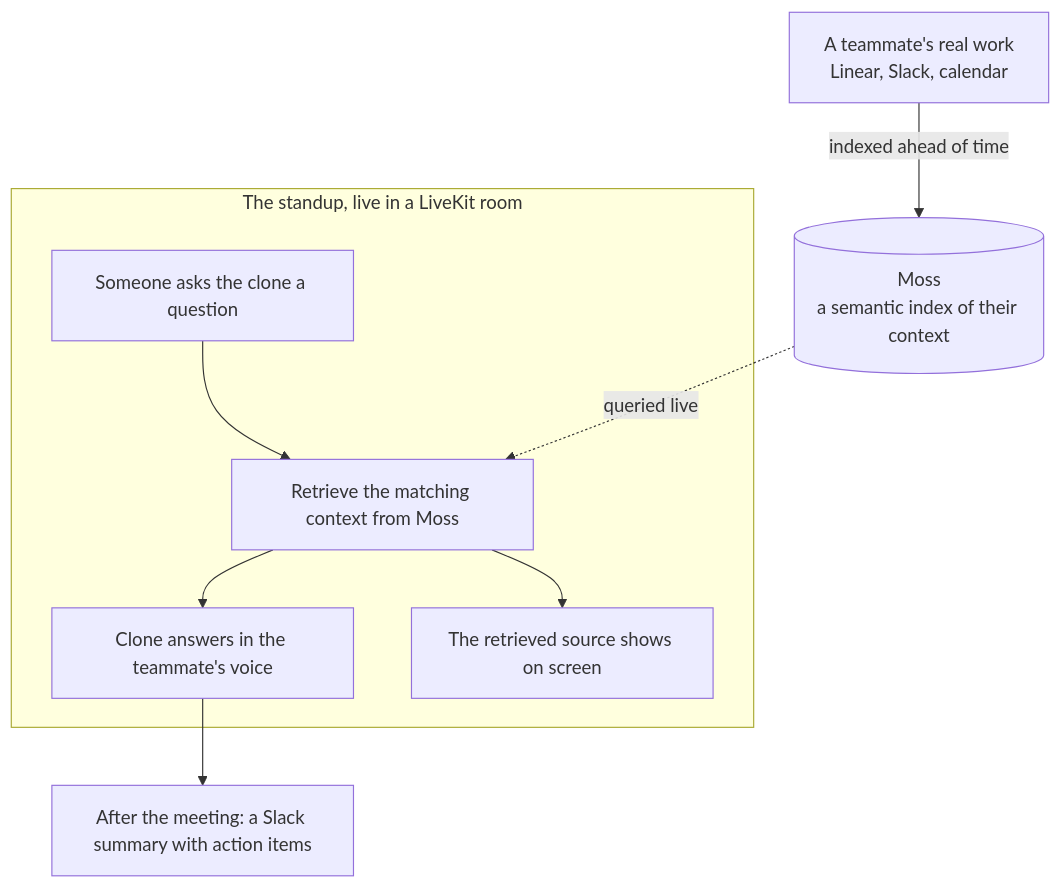
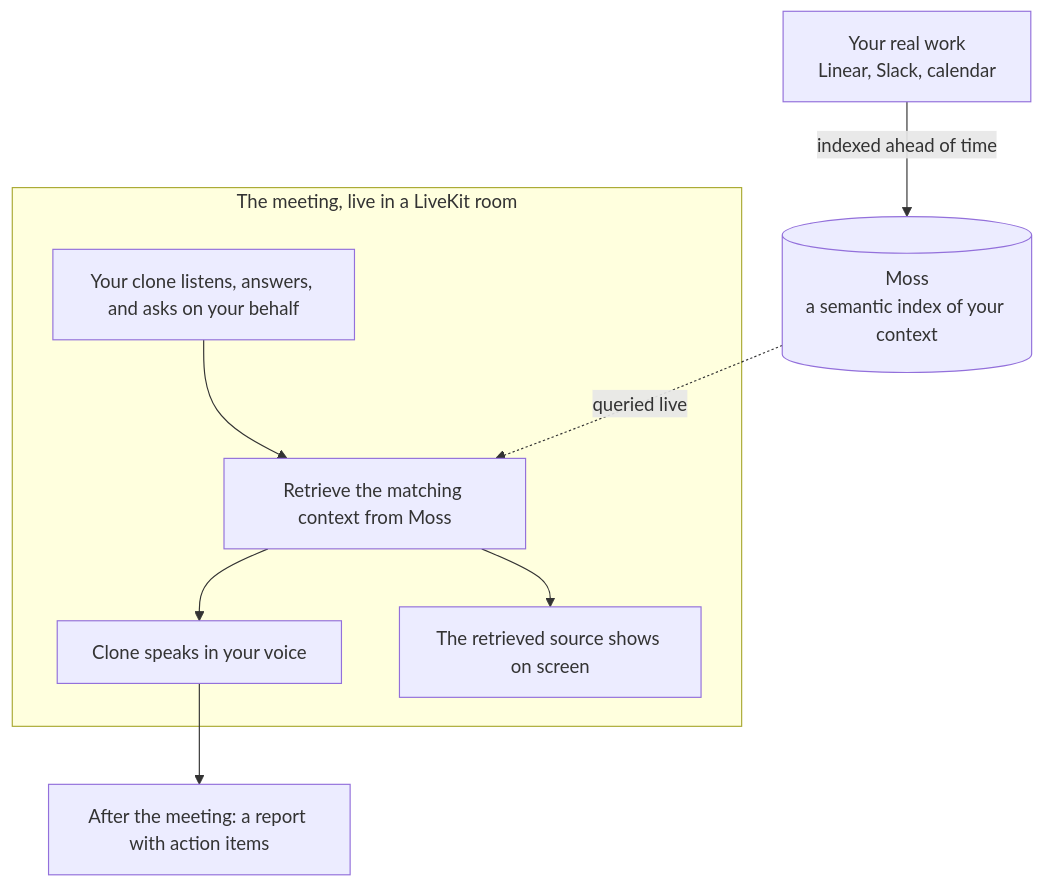
One commit to nuhamohamed/voiceai changed the diagram in README.md. Above: the diagram before and after it, drawn with Mermaid. The commit also changed other lines of this file, not shown here.

First line of the commit message:
docs(readme): reframe the moat - a personalized clone that acts as you in meetings, not a note-taker

````diff
--- a/README.md
+++ b/README.md
@@ -27,19 +31,19 @@
 ```mermaid
 flowchart TB
-    src["A teammate's real work<br/>Linear, Slack, calendar"]
-    moss[("Moss<br/>a semantic index of their context")]
+    src["Your real work<br/>Linear, Slack, calendar"]
+    moss[("Moss<br/>a semantic index of your context")]
     src -->|indexed ahead of time| moss
 
-    subgraph room["The standup, live in a LiveKit room"]
-        q["Someone asks the clone a question"]
+    subgraph room["The meeting, live in a LiveKit room"]
+        q["Your clone listens, answers, and asks on your behalf"]
         ret["Retrieve the matching context from Moss"]
-        ans["Clone answers in the teammate's voice"]
+        ans["Clone speaks in your voice"]
         screen["The retrieved source shows on screen"]
         q --> ret
         ret --> ans
         ret --> screen
     end
 
     moss -.->|queried live| ret
-    ans --> slack["After the meeting: a Slack summary with action items"]
+    ans --> slack["After the meeting: a report with action items"]
 ```
````
